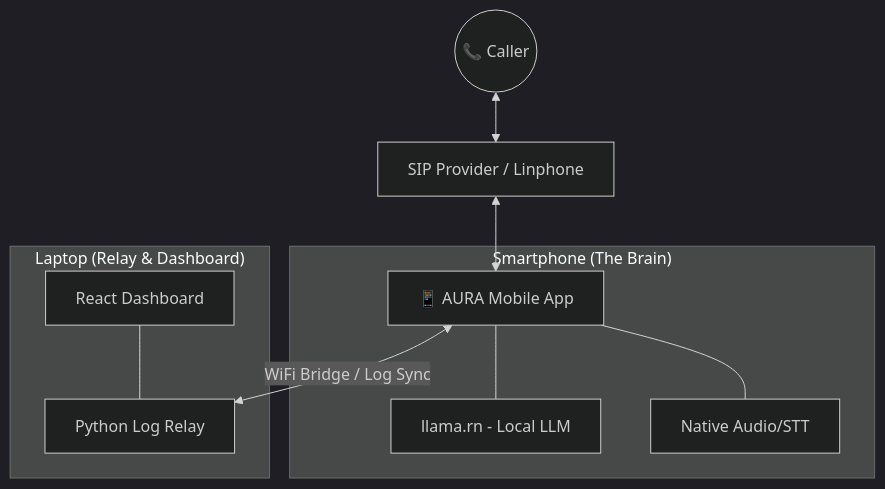
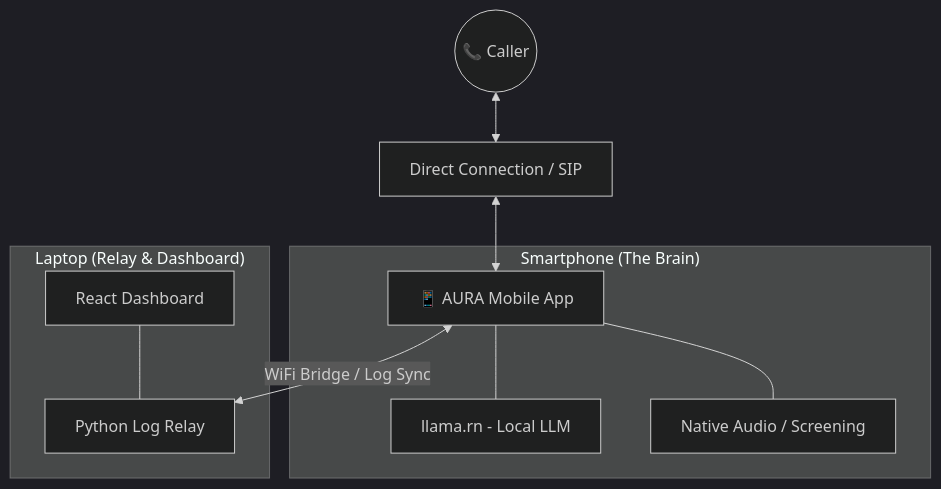
One commit to ahadunnobi/AI-CALL_AGENT changed the diagram in README.md. Above: the diagram before and after it, drawn with Mermaid (dark theme). The commit also changed other lines of this file and 1 other file, not shown here.

Commit message:
docs: update README and architecture diagram to reflect call screening and connection improvements

````diff
--- a/README.md
+++ b/README.md
@@ -22,17 +23,17 @@
 ```mermaid
 graph TD
-    User((📞 Caller)) <--> SIP[SIP Provider / Linphone]
+    User((📞 Caller)) <--> SIP[Direct Connection / SIP]
     SIP <--> App[📱 AURA Mobile App]
     
     subgraph "Smartphone (The Brain)"
         App --- LlamaRN[llama.rn - Local LLM]
-        App --- Audio[Native Audio/STT]
+        App --- Audio[Native Audio / Screening]
     end
 
     subgraph "Laptop (Relay & Dashboard)"
         Relay[Python Log Relay]
         Dashboard[React Dashboard] --- Relay
     end
 
     App <-- "WiFi Bridge / Log Sync" --> Relay
 ```
````
